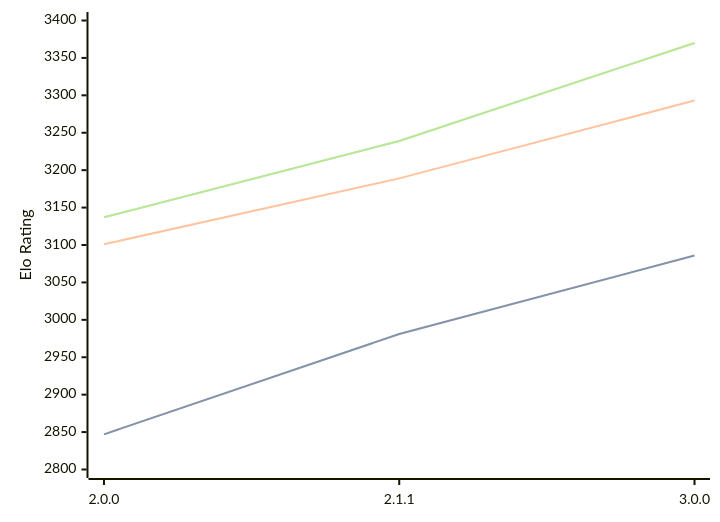
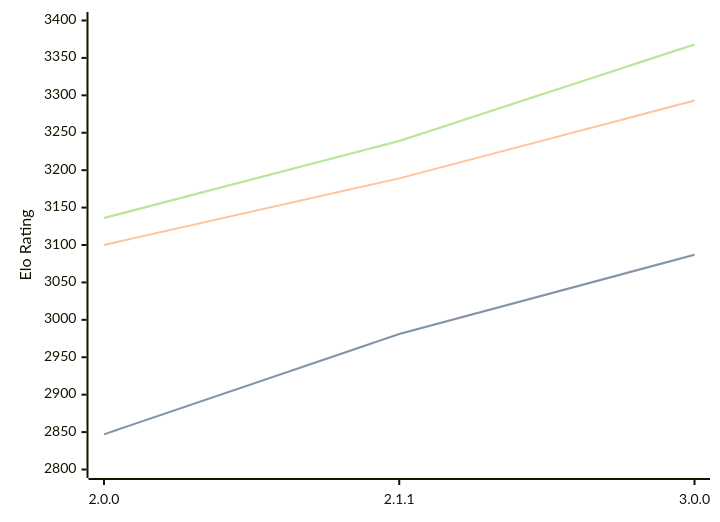
One commit to computer-chess-index/cci changed the diagram in engines/Bread.md. Above: the diagram before and after it, drawn with Mermaid. The commit also changed other lines of this file, not shown here.

Commit message:
Update CCI Ratings (ELO VLTC) - 2026-06-10

````diff
--- a/engines/Bread.md
+++ b/engines/Bread.md
@@ -52,11 +52,11 @@
 ```mermaid
 %%{init: {"theme":"base","themeVariables":{"seriesColors:['#a3a3a3','#222221','#faa371']}}}%%
 xychart-beta
   x-axis ["2.0.0", "2.1.1", "3.0.0"]
   y-axis "Elo Rating" 2800 --> 3400
-  line "STC (8.0+0.08s)" [2847, 2981, 3086]
-  line "STC (8.0+0.08s)" [2847, 2981, 3086]
-  line "LTC (60.0+0.60s)" [3101, 3189, 3293]
-  line "VLTC (2m24s+1.12s)" [3137, 3239, 3370]
-  line "VLTC (2m24s+1.12s)" [3137, 3239, 3370]
+  line "STC (8.0+0.08s)" [2847, 2981, 3087]
+  line "STC (8.0+0.08s)" [2847, 2981, 3087]
+  line "LTC (60.0+0.60s)" [3100, 3189, 3293]
+  line "VLTC (2m24s+1.12s)" [3136, 3239, 3368]
+  line "VLTC (2m24s+1.12s)" [3136, 3239, 3368]
 ```
````
